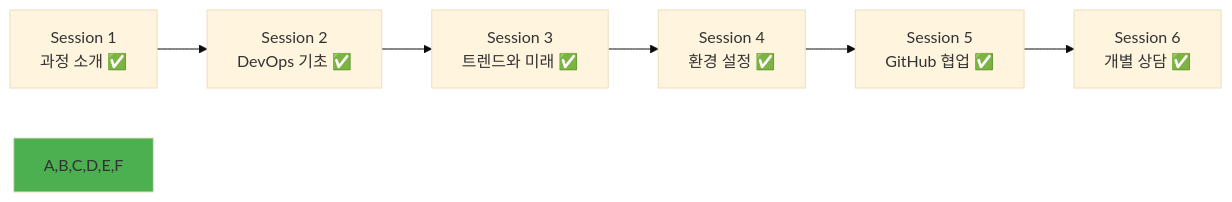
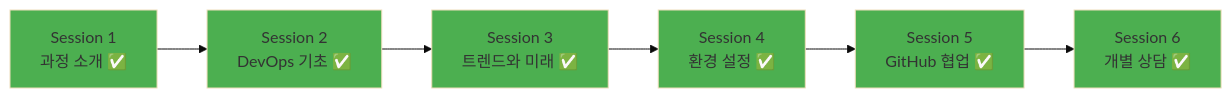
One commit to niceguy61/kdt_devops_lecture_2025 changed the diagram in theory/week_01/day1/session_6.md. Above: the diagram before and after it, drawn with Mermaid (base theme). The commit also changed 7 other files, not shown here.

````diff
--- a/theory/week_01/day1/session_6.md
+++ b/theory/week_01/day1/session_6.md
@@ -308,10 +308,15 @@
 ```mermaid
 graph LR
     A[Session 1<br/>과정 소개 ✅] --> B[Session 2<br/>DevOps 기초 ✅]
     B --> C[Session 3<br/>트렌드와 미래 ✅]
     C --> D[Session 4<br/>환경 설정 ✅]
     D --> E[Session 5<br/>GitHub 협업 ✅]
     E --> F[Session 6<br/>개별 상담 ✅]
     
-    style A,B,C,D,E,F fill:#4caf50
+    style A fill:#4caf50
+    style B fill:#4caf50
+    style C fill:#4caf50
+    style D fill:#4caf50
+    style E fill:#4caf50
+    style F fill:#4caf50
 ```
````
